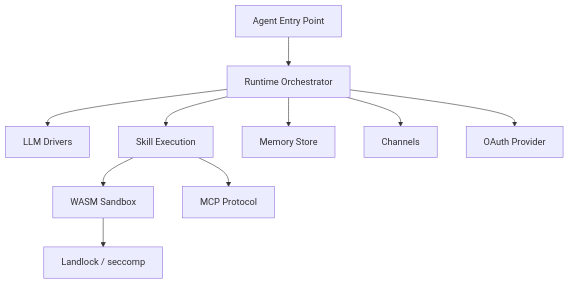
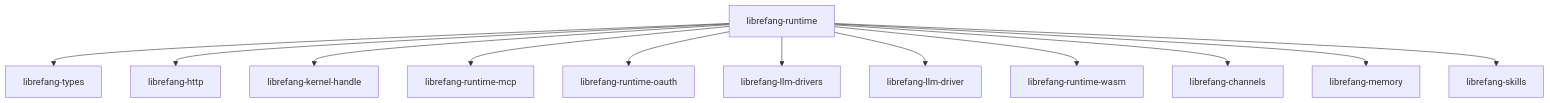
Before and after one commit to leszek3737/librefang-WIki: the diagram in other-librefang-runtime.md, drawn with Mermaid. The commit also changed other lines of this file and 98 other files, not shown here.

````diff
--- a/other-librefang-runtime.md
+++ b/other-librefang-runtime.md
@@ -29,12 +11,14 @@
 ```mermaid
 graph TD
-    A[Agent Entry Point] --> R[Runtime Orchestrator]
-    R --> LLM[LLM Drivers]
-    R --> SK[Skill Execution]
-    R --> MEM[Memory Store]
-    R --> CH[Channels]
-    SK --> WASM[WASM Sandbox]
-    SK --> MCP[MCP Protocol]
-    R --> OAUTH[OAuth Provider]
-    WASM --> LANDLOCK["Landlock / seccomp"]
+    RT[librefang-runtime] --> TYPES[librefang-types]
+    RT --> HTTP[librefang-http]
+    RT --> KH[librefang-kernel-handle]
+    RT --> MCP[librefang-runtime-mcp]
+    RT --> OAUTH[librefang-runtime-oauth]
+    RT --> LLM_DRV[librefang-llm-drivers]
+    RT --> LLM_D[librefang-llm-driver]
+    RT --> WASM[librefang-runtime-wasm]
+    RT --> CH[librefang-channels]
+    RT --> MEM[librefang-memory]
+    RT --> SK[librefang-skills]
 ```
````
